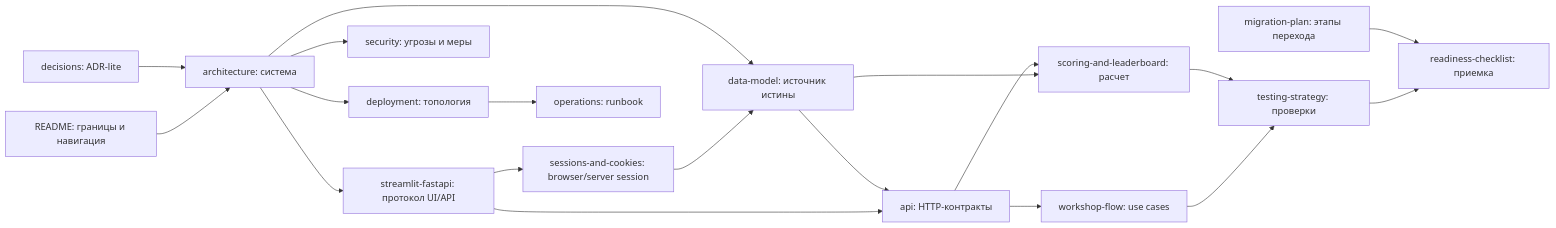
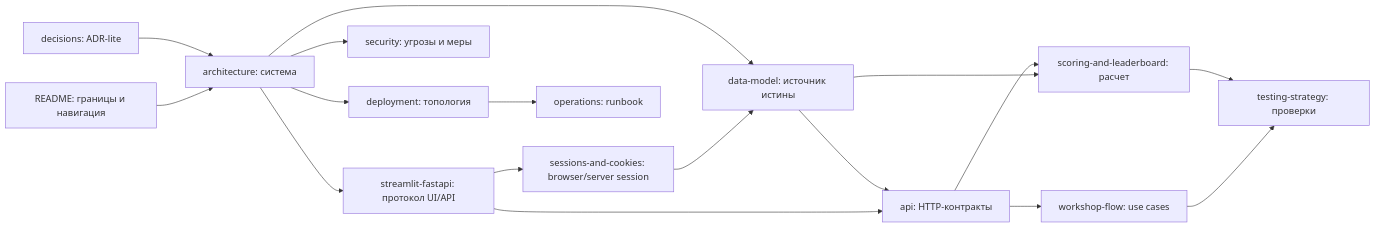
The diagram in docs/README.md (BigZet/AMLautosim), drawn with Mermaid before and after one commit. The commit also changed other lines of this file and 62 other files, not shown here.

````diff
--- a/docs/README.md
+++ b/docs/README.md
@@ -62,21 +40,19 @@
 ```mermaid
 flowchart LR
     overview["README: границы и навигация"] --> architecture["architecture: система"]
     architecture --> integration["streamlit-fastapi: протокол UI/API"]
     integration --> sessions["sessions-and-cookies: browser/server session"]
     sessions --> data
     architecture --> data["data-model: источник истины"]
     integration --> api["api: HTTP-контракты"]
     data --> api
     api --> flow["workshop-flow: use cases"]
     data --> scoring["scoring-and-leaderboard: расчет"]
     api --> scoring
     flow --> testing["testing-strategy: проверки"]
     scoring --> testing
     architecture --> security["security: угрозы и меры"]
     architecture --> deployment["deployment: топология"]
     deployment --> operations["operations: runbook"]
-    testing --> readiness["readiness-checklist: приемка"]
-    migration["migration-plan: этапы перехода"] --> readiness
     decisions["decisions: ADR-lite"] --> architecture
 ```
````
